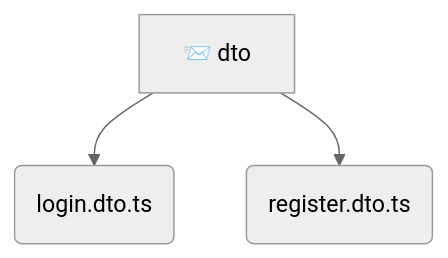
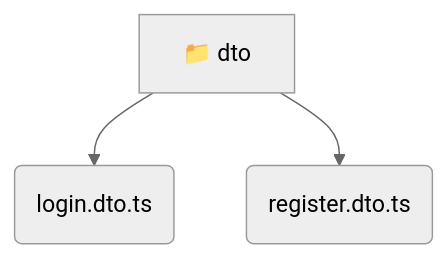
The diagram in backend/src/modules/auth/dto/README.md (beginwebdev2002/fullstack-mavluda), drawn with Mermaid (neutral theme) before and after one commit. The commit also changed other lines of this file and 155 other files, not shown here.

````diff
--- a/backend/src/modules/auth/dto/README.md
+++ b/backend/src/modules/auth/dto/README.md
@@ -9,6 +9,6 @@
 ```mermaid
 graph TD
-  dto[📨 dto]
-  dto --> login_dto_ts(login.dto.ts)
-  dto --> register_dto_ts(register.dto.ts)
+  dto[📁 dto]
+  dto --> dto_login_dto_ts(login.dto.ts)
+  dto --> dto_register_dto_ts(register.dto.ts)
 ```
````
